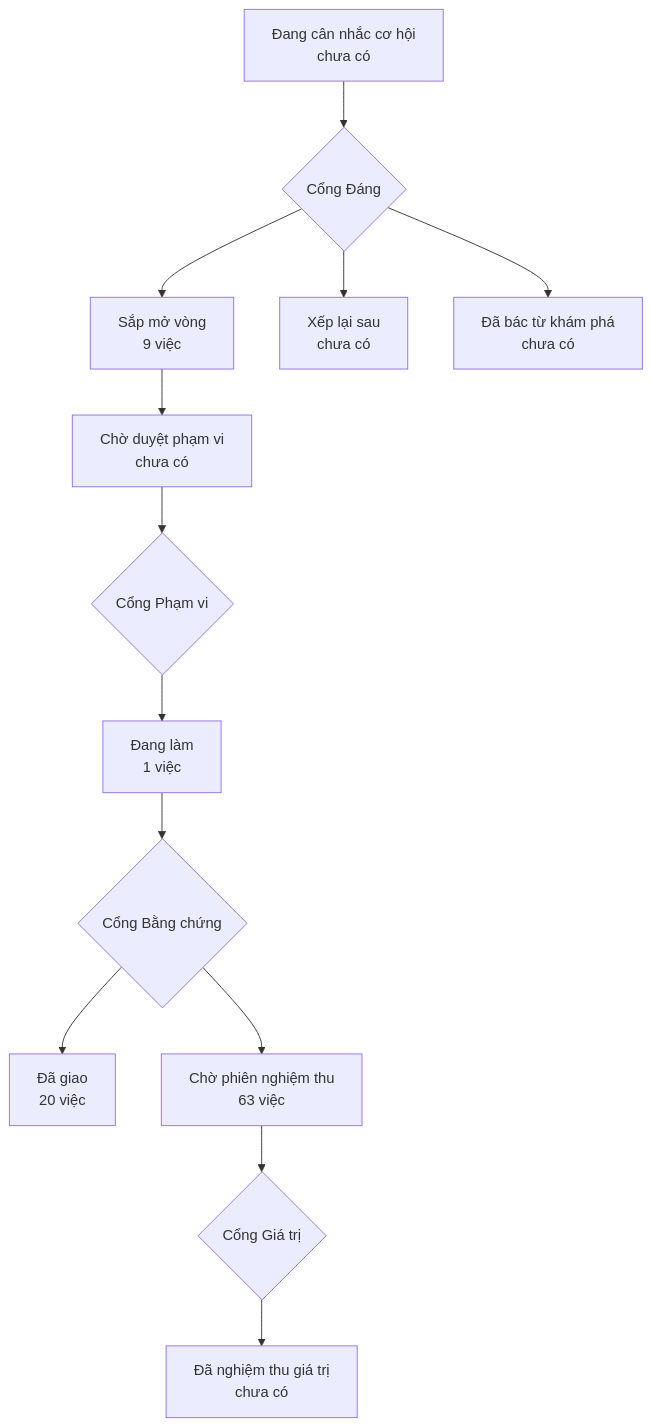
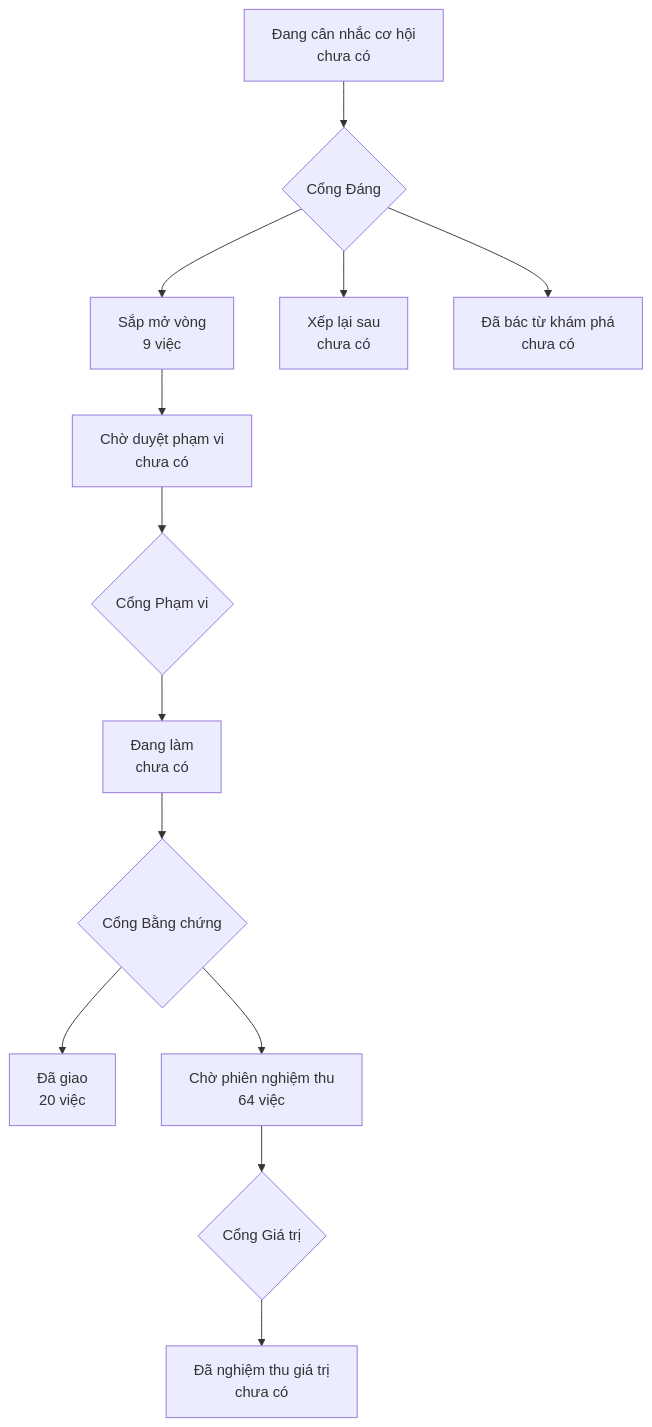
The diagram in PRODUCT-MAP.md (phanlemanh/onehub-quy-hang), drawn with Mermaid before and after one commit. The commit also changed other lines of this file and 4 other files, not shown here.

````diff
--- a/PRODUCT-MAP.md
+++ b/PRODUCT-MAP.md
@@ -7,12 +7,12 @@
 ```mermaid
 flowchart TD
   A["Đang cân nhắc cơ hội<br/>chưa có"] --> GD{"Cổng Đáng"}
   GD --> B["Sắp mở vòng<br/>9 việc"]
   GD --> XL["Xếp lại sau<br/>chưa có"]
   GD --> DB["Đã bác từ khám phá<br/>chưa có"]
   B --> CD["Chờ duyệt phạm vi<br/>chưa có"] --> GP{"Cổng Phạm vi"}
-  GP --> DL["Đang làm<br/>1 việc"] --> GB{"Cổng Bằng chứng"}
+  GP --> DL["Đang làm<br/>chưa có"] --> GB{"Cổng Bằng chứng"}
   GB --> DG["Đã giao<br/>20 việc"]
-  GB --> CN["Chờ phiên nghiệm thu<br/>63 việc"] --> GG{"Cổng Giá trị"}
+  GB --> CN["Chờ phiên nghiệm thu<br/>64 việc"] --> GG{"Cổng Giá trị"}
   GG --> NT["Đã nghiệm thu giá trị<br/>chưa có"]
 ```
````
